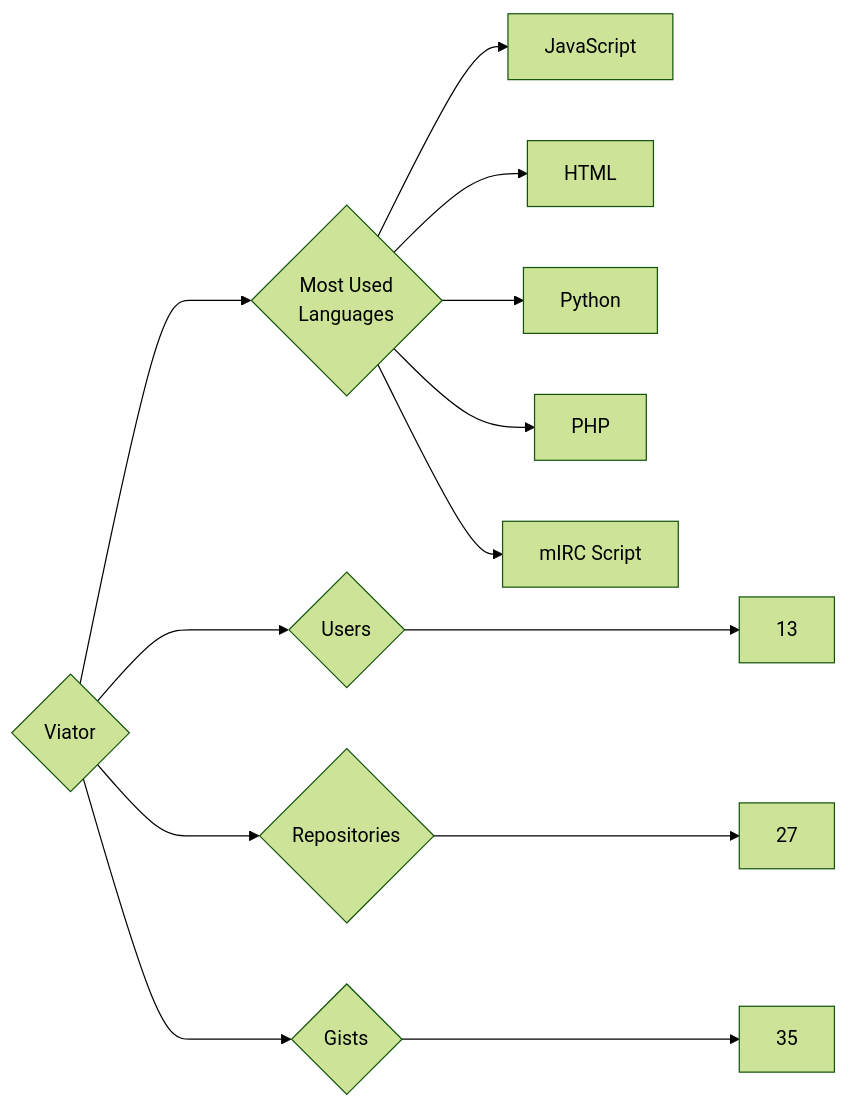
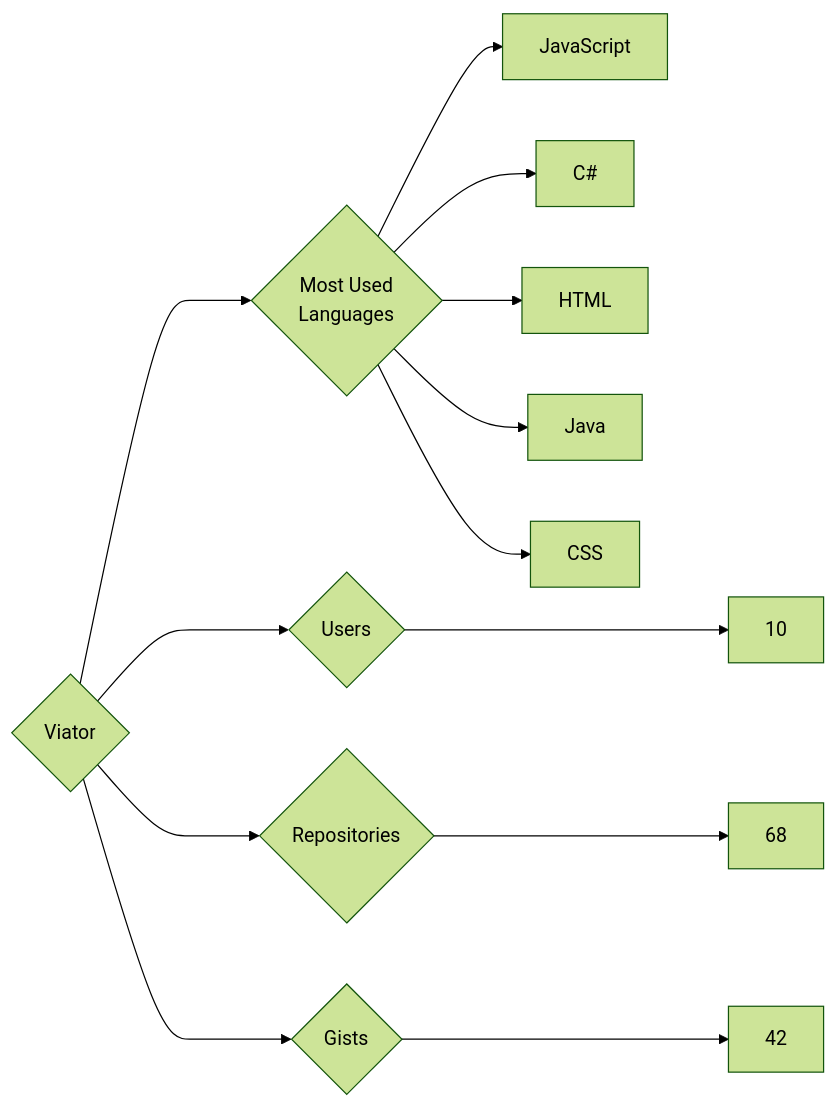
One commit to trickest/insiders changed the diagram in targets/Viator/README.md. Above: the diagram before and after it, drawn with Mermaid (forest theme). The commit also changed 970 other files, not shown here.

````diff
--- a/targets/Viator/README.md
+++ b/targets/Viator/README.md
@@ -3,13 +3,13 @@
 ```mermaid
 graph LR
 COMPANY_NAME{Viator}
-COMPANY_NAME ---> U{Users} ---> UN[13]
-COMPANY_NAME ---> R{Repositories} ---> RN[27]
-COMPANY_NAME ---> G{Gists} ---> GN[35]
+COMPANY_NAME ---> U{Users} ---> UN[10]
+COMPANY_NAME ---> R{Repositories} ---> RN[68]
+COMPANY_NAME ---> G{Gists} ---> GN[42]
 COMPANY_NAME ---> ML{Most Used<br>Languages}
 ML --> JavaScript[JavaScript]
+ML --> C#[C#]
 ML --> HTML[HTML]
-ML --> Python[Python]
-ML --> PHP[PHP]
-ML --> mIRC_Script[mIRC Script]
+ML --> Java[Java]
+ML --> CSS[CSS]
 ```
````
